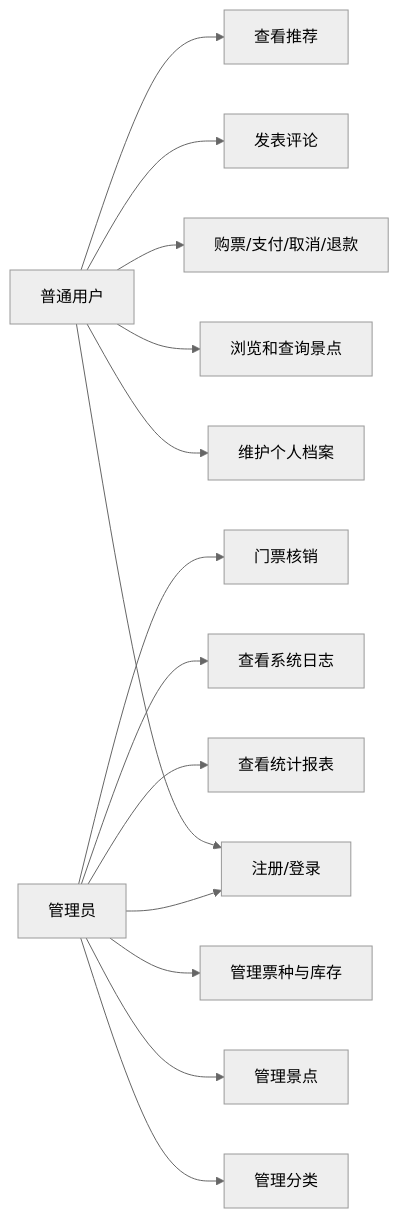
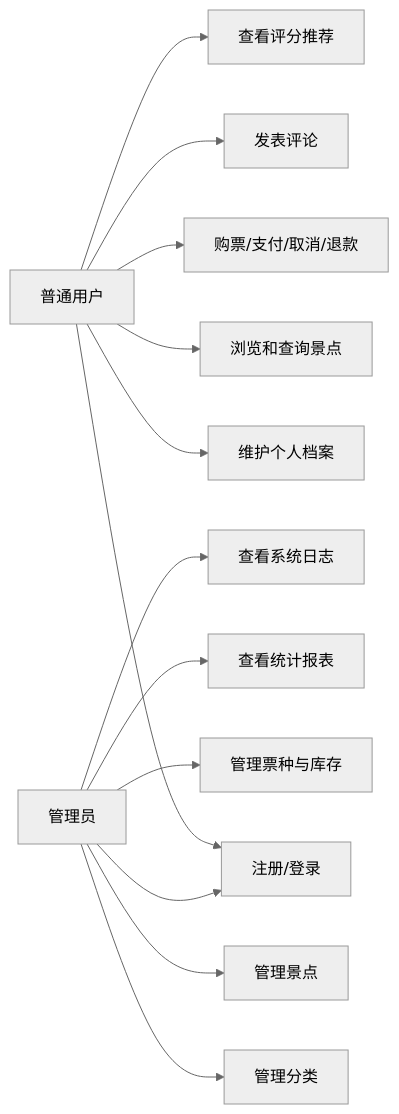
One commit to 539210/scenic-ticket changed the diagram in docs/需求规格说明书.md. Above: the diagram before and after it, drawn with Mermaid (neutral theme). The commit also changed other lines of this file and 8 other files, not shown here.

````diff
--- a/docs/需求规格说明书.md
+++ b/docs/需求规格说明书.md
@@ -90,34 +94,32 @@
 ```mermaid
 flowchart LR
     User["普通用户"]
     Admin["管理员"]
 
     UC1["注册/登录"]
     UC2["维护个人档案"]
     UC3["浏览和查询景点"]
     UC4["购票/支付/取消/退款"]
     UC5["发表评论"]
-    UC6["查看推荐"]
+    UC6["查看评分推荐"]
 
     UC7["管理分类"]
     UC8["管理景点"]
     UC9["管理票种与库存"]
     UC10["查看统计报表"]
     UC11["查看系统日志"]
-    UC12["门票核销"]
 
     User --> UC1
     User --> UC2
     User --> UC3
     User --> UC4
     User --> UC5
     User --> UC6
 
     Admin --> UC1
     Admin --> UC7
     Admin --> UC8
     Admin --> UC9
     Admin --> UC10
     Admin --> UC11
-    Admin --> UC12
 ```
````
